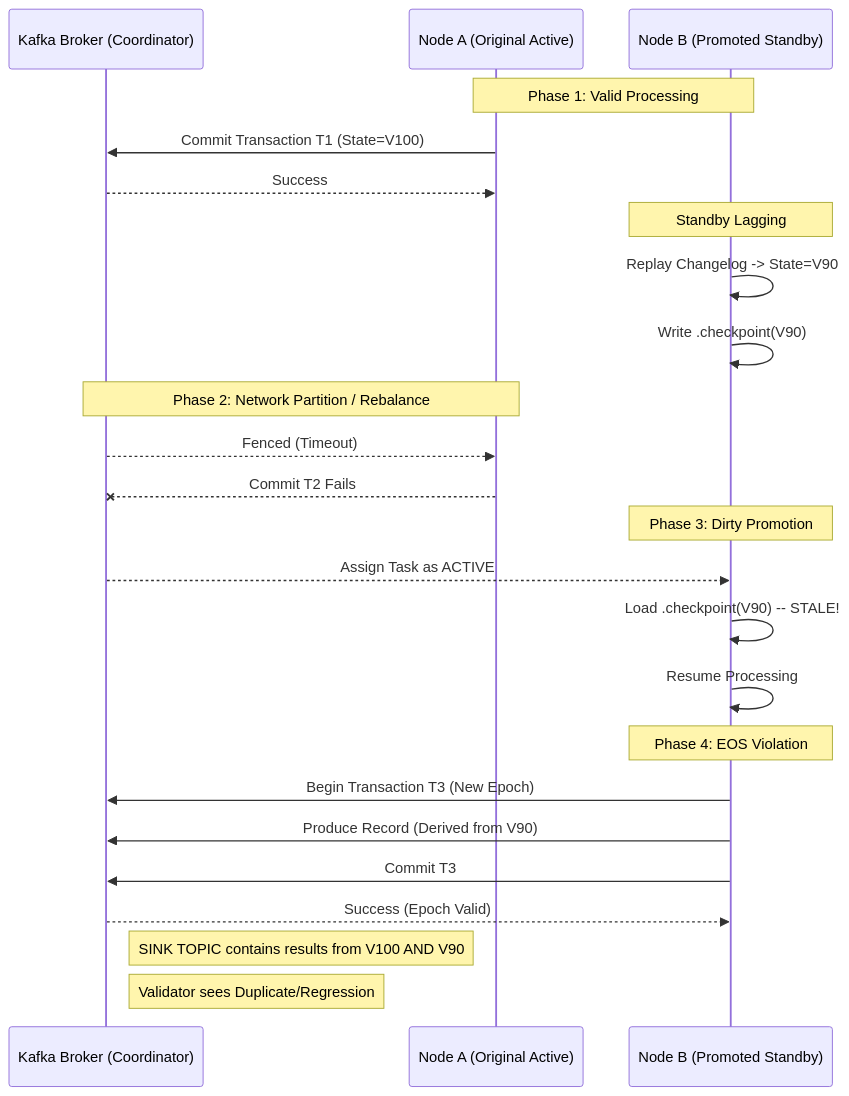
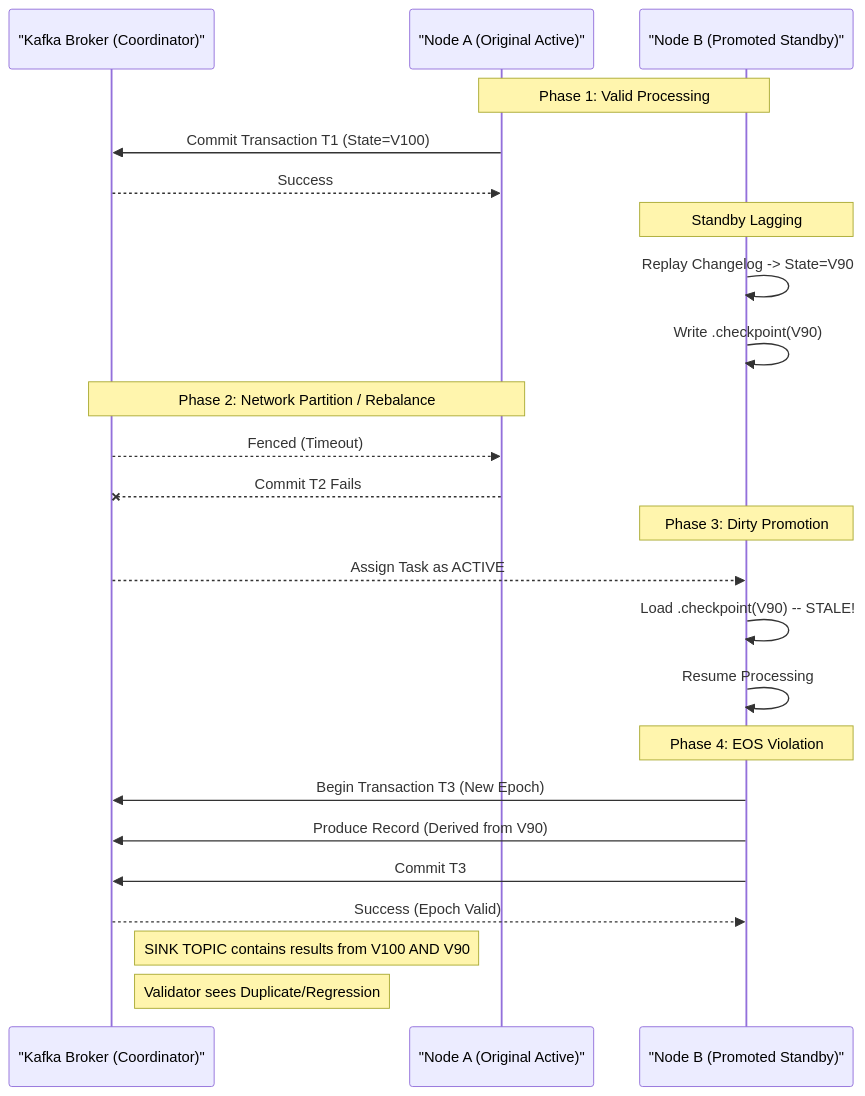
The diagram in kafka-17507-repro/DIAGNOSIS.md (yutaofr/my-design-docs), drawn with Mermaid before and after one commit.

Commit message:
upgrade docs

````diff
--- a/kafka-17507-repro/DIAGNOSIS.md
+++ b/kafka-17507-repro/DIAGNOSIS.md
@@ -53,32 +53,32 @@
 ```mermaid
 sequenceDiagram
-    participant B as Kafka Broker (Coordinator)
-    participant A1 as Node A (Original Active)
-    participant A2 as Node B (Promoted Standby)
+    participant B as "Kafka Broker (Coordinator)"
+    participant A1 as "Node A (Original Active)"
+    participant A2 as "Node B (Promoted Standby)"
 
     Note over A1, A2: Phase 1: Valid Processing
     A1->>B: Commit Transaction T1 (State=V100)
     B-->>A1: Success
 
     Note over A2: Standby Lagging
     A2->>A2: Replay Changelog -> State=V90
     A2->>A2: Write .checkpoint(V90)
 
     Note over B, A1: Phase 2: Network Partition / Rebalance
     B-->>A1: Fenced (Timeout)
     A1--x B: Commit T2 Fails
     
     Note over A2: Phase 3: Dirty Promotion
     B-->>A2: Assign Task as ACTIVE
     A2->>A2: Load .checkpoint(V90) -- STALE!
     A2->>A2: Resume Processing
     
     Note over A2: Phase 4: EOS Violation
     A2->>B: Begin Transaction T3 (New Epoch)
     A2->>B: Produce Record (Derived from V90)
     A2->>B: Commit T3
     B-->>A2: Success (Epoch Valid)
     
     Note right of B: SINK TOPIC contains results from V100 AND V90
     Note right of B: Validator sees Duplicate/Regression
 ```
````
